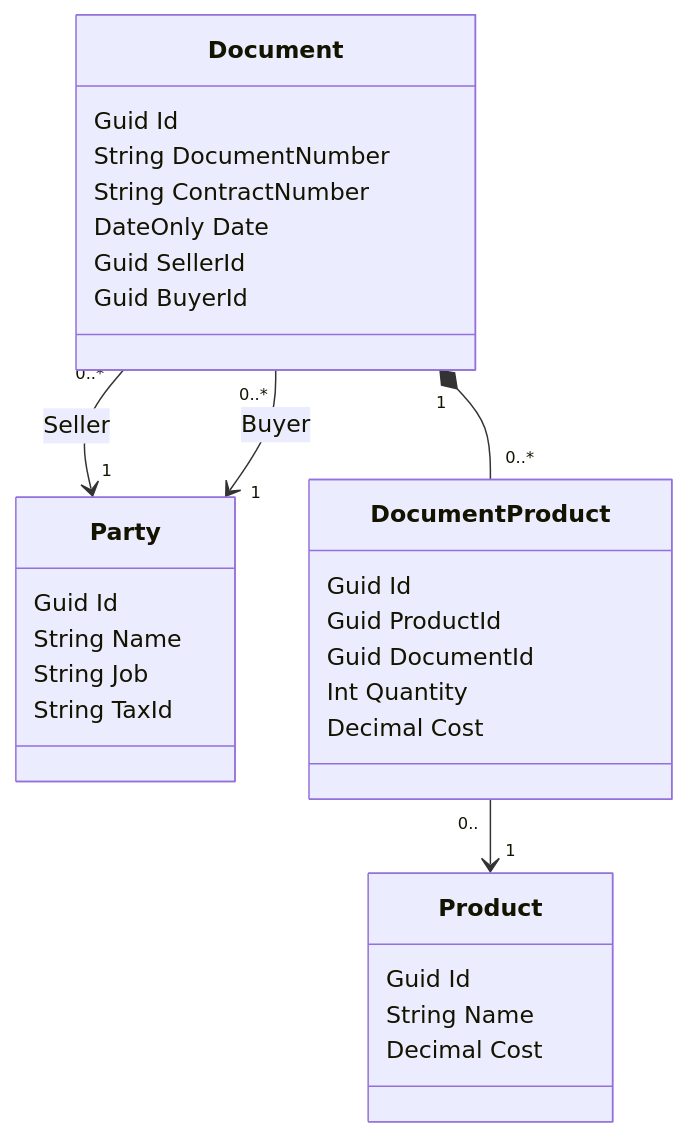
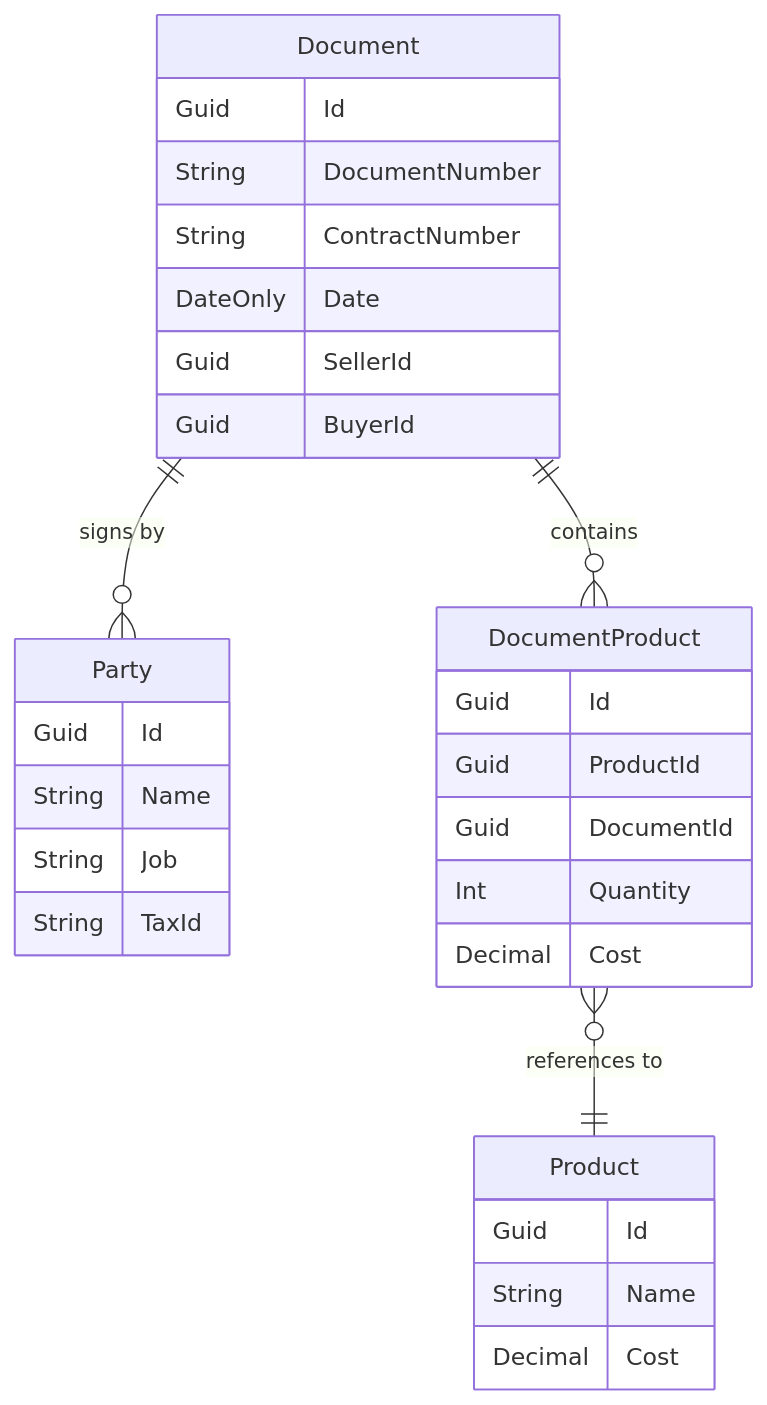
Before and after one commit to Karo4a/DocumentGenerator: the diagram in README.md, drawn with Mermaid. The commit also changed other lines of this file and 37 other files, not shown here.

````diff
--- a/README.md
+++ b/README.md
@@ -10,33 +10,32 @@
 ```mermaid
-classDiagram
-  class Party {
+erDiagram
+  Party {
     Guid Id
     String Name
     String Job
     String TaxId
    }
-  class Product {
+  Product {
     Guid Id
     String Name
     Decimal Cost
    }
-  class DocumentProduct {
+  DocumentProduct {
     Guid Id
     Guid ProductId
     Guid DocumentId
     Int Quantity
     Decimal Cost
    }
-  class Document {
+  Document {
     Guid Id
     String DocumentNumber
     String ContractNumber
     DateOnly Date
     Guid SellerId
     Guid BuyerId
    }
-  Document "0..*" --> "1" Party : Seller
-  Document "0..*" --> "1" Party : Buyer
-  DocumentProduct "0.." --> "1" Product
-  Document "1" *-- "0..*" DocumentProduct
+  Document ||--o{ Party : "signs by"
+  DocumentProduct }o--|| Product : "references to"
+  Document ||--o{  DocumentProduct : "contains"
 ```
````
